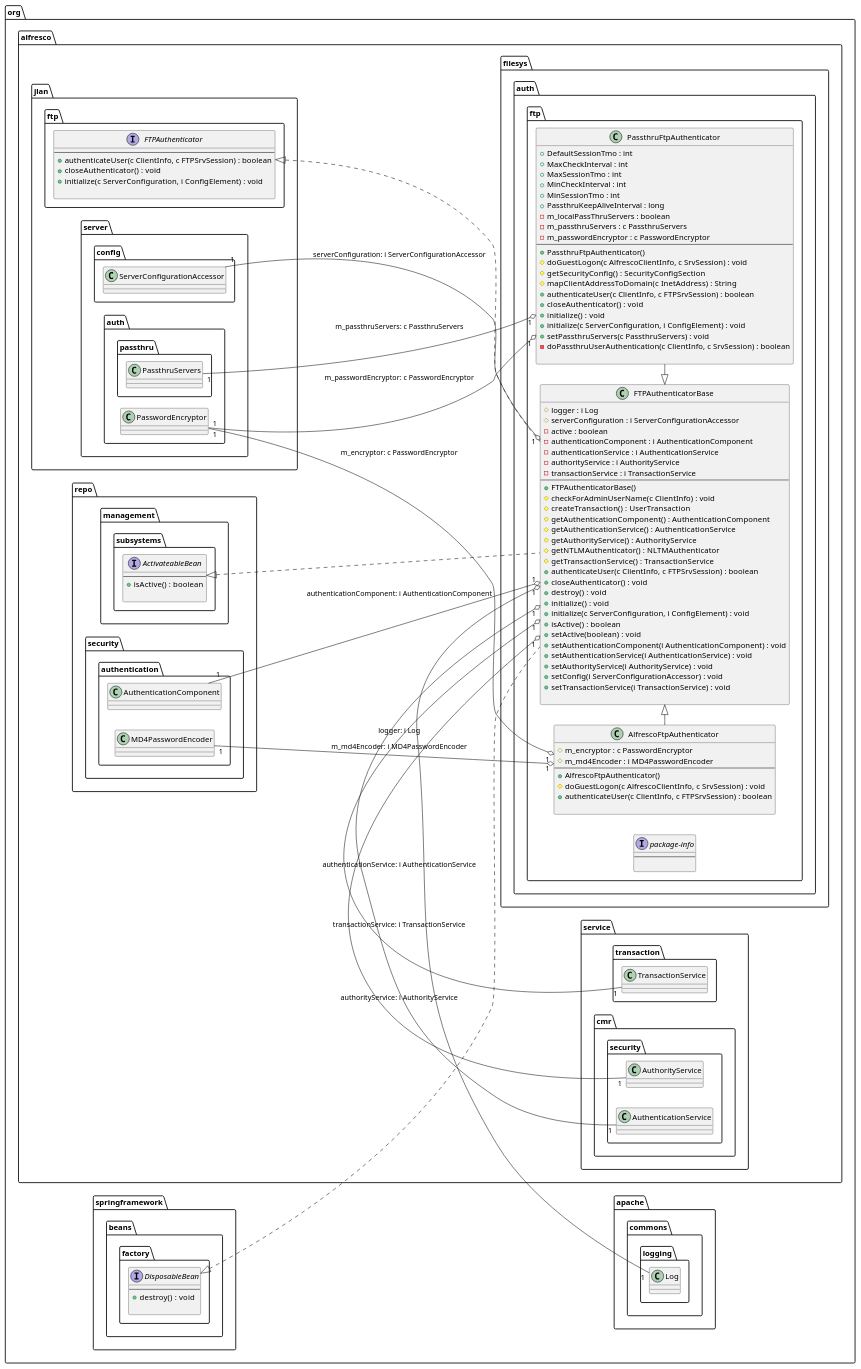
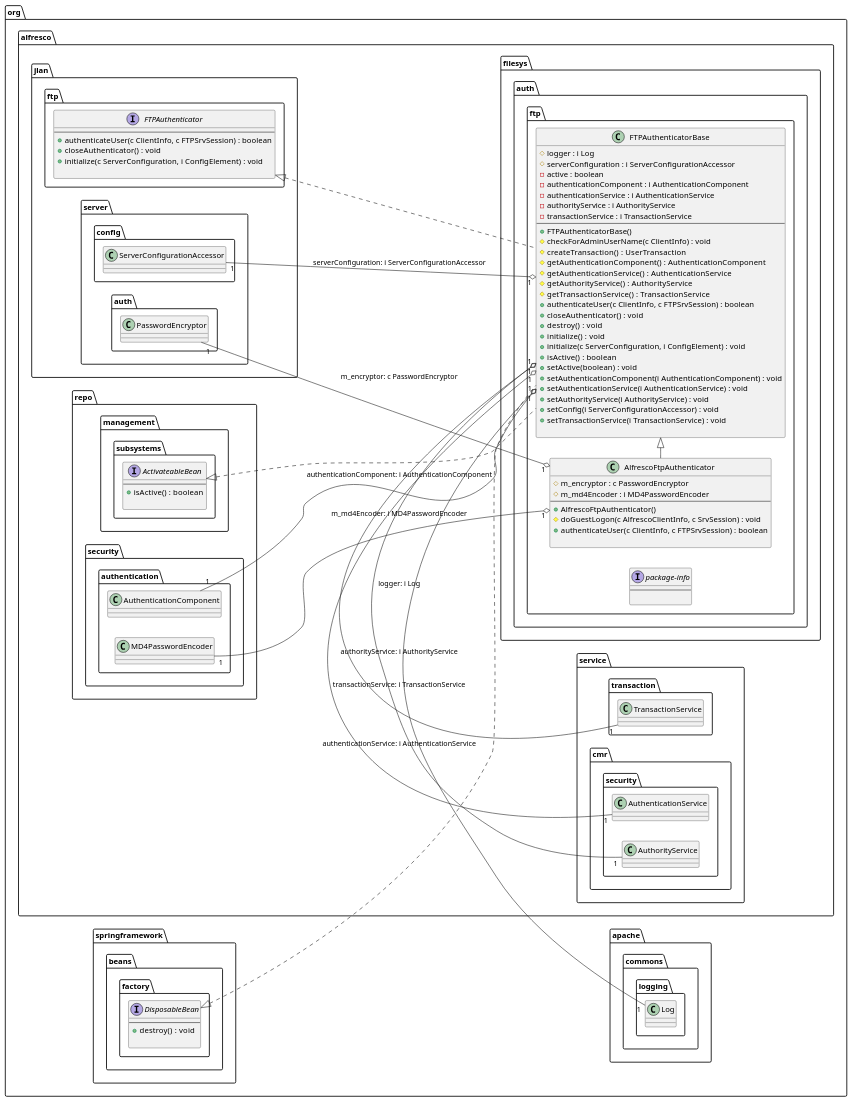
The diagram in docs/file-protocols/ftp-protocol/resource/class/ftp-class-diagram.puml (AlfrescoArchive/alfresco-repository), drawn with PlantUML before and after one commit. The commit also changed 194 other files, not shown here.

```diff
--- a/docs/file-protocols/ftp-protocol/resource/class/ftp-class-diagram.puml
+++ b/docs/file-protocols/ftp-protocol/resource/class/ftp-class-diagram.puml
@@ -1,113 +1,86 @@
 @startuml
 
 ' Generated using https://github.com/juanmf/Java2PlantUML
 
 left to right direction
 ' Participants 
 
 interface org.alfresco.jlan.ftp.FTPAuthenticator {
 --
 +  authenticateUser(c ClientInfo, c FTPSrvSession)  : boolean
 +  closeAuthenticator()  : void
 +  initialize(c ServerConfiguration, i ConfigElement)  : void
 
 }
 interface org.springframework.beans.factory.DisposableBean {
 --
 +  destroy()  : void
 
 }
 interface org.alfresco.filesys.auth.ftp.package-info {
 --
 
 }
 interface org.alfresco.repo.management.subsystems.ActivateableBean {
 --
 +  isActive()  : boolean
 
 }
 class org.alfresco.filesys.auth.ftp.FTPAuthenticatorBase {
 #  logger : i Log
 #  serverConfiguration : i ServerConfigurationAccessor
 -  active : boolean
 -  authenticationComponent : i AuthenticationComponent
 -  authenticationService : i AuthenticationService
 -  authorityService : i AuthorityService
 -  transactionService : i TransactionService
 --
 +   FTPAuthenticatorBase() 
 #  checkForAdminUserName(c ClientInfo)  : void
 #  createTransaction()  :  UserTransaction
 #  getAuthenticationComponent()  :  AuthenticationComponent
 #  getAuthenticationService()  :  AuthenticationService
 #  getAuthorityService()  :  AuthorityService
-#  getNTLMAuthenticator()  :  NLTMAuthenticator
 #  getTransactionService()  :  TransactionService
 +  authenticateUser(c ClientInfo, c FTPSrvSession)  : boolean
 +  closeAuthenticator()  : void
 +  destroy()  : void
 +  initialize()  : void
 +  initialize(c ServerConfiguration, i ConfigElement)  : void
 +  isActive()  : boolean
 +  setActive(boolean)  : void
 +  setAuthenticationComponent(i AuthenticationComponent)  : void
 +  setAuthenticationService(i AuthenticationService)  : void
 +  setAuthorityService(i AuthorityService)  : void
 +  setConfig(i ServerConfigurationAccessor)  : void
 +  setTransactionService(i TransactionService)  : void
-
-}
-class org.alfresco.filesys.auth.ftp.PassthruFtpAuthenticator {
-+  DefaultSessionTmo : int
-+  MaxCheckInterval : int
-+  MaxSessionTmo : int
-+  MinCheckInterval : int
-+  MinSessionTmo : int
-+  PassthruKeepAliveInterval : long
--  m_localPassThruServers : boolean
--  m_passthruServers : c PassthruServers
--  m_passwordEncryptor : c PasswordEncryptor
---
-+   PassthruFtpAuthenticator() 
-#  doGuestLogon(c AlfrescoClientInfo, c SrvSession)  : void
-#  getSecurityConfig()  :  SecurityConfigSection
-#  mapClientAddressToDomain(c InetAddress)  :  String
-+  authenticateUser(c ClientInfo, c FTPSrvSession)  : boolean
-+  closeAuthenticator()  : void
-+  initialize()  : void
-+  initialize(c ServerConfiguration, i ConfigElement)  : void
-+  setPassthruServers(c PassthruServers)  : void
--  doPassthruUserAuthentication(c ClientInfo, c SrvSession)  : boolean
 
 }
 class org.alfresco.filesys.auth.ftp.AlfrescoFtpAuthenticator {
 #  m_encryptor : c PasswordEncryptor
 #  m_md4Encoder : i MD4PasswordEncoder
 --
 +   AlfrescoFtpAuthenticator() 
 #  doGuestLogon(c AlfrescoClientInfo, c SrvSession)  : void
 +  authenticateUser(c ClientInfo, c FTPSrvSession)  : boolean
 
 }
 
 ' Relations 
 
 org.alfresco.filesys.auth.ftp.AlfrescoFtpAuthenticator "1"  o-left-  "1" org.alfresco.repo.security.authentication.MD4PasswordEncoder  : m_md4Encoder: i MD4PasswordEncoder
 org.alfresco.filesys.auth.ftp.FTPAuthenticatorBase "1"  o-left-  "1" org.alfresco.service.transaction.TransactionService  : transactionService: i TransactionService
 org.alfresco.filesys.auth.ftp.AlfrescoFtpAuthenticator "1"  o-left-  "1" org.alfresco.jlan.server.auth.PasswordEncryptor  : m_encryptor: c PasswordEncryptor
 org.alfresco.filesys.auth.ftp.FTPAuthenticatorBase "1"  o-left-  "1" org.apache.commons.logging.Log  : logger: i Log
 org.alfresco.filesys.auth.ftp.FTPAuthenticatorBase "1"  o-left-  "1" org.alfresco.jlan.server.config.ServerConfigurationAccessor  : serverConfiguration: i ServerConfigurationAccessor
 org.alfresco.filesys.auth.ftp.FTPAuthenticatorBase "1"  o-left-  "1" org.alfresco.repo.security.authentication.AuthenticationComponent  : authenticationComponent: i AuthenticationComponent
 org.alfresco.filesys.auth.ftp.FTPAuthenticatorBase "1"  o-left-  "1" org.alfresco.service.cmr.security.AuthorityService  : authorityService: i AuthorityService
-org.alfresco.filesys.auth.ftp.PassthruFtpAuthenticator "1"  o-left-  "1" org.alfresco.jlan.server.auth.PasswordEncryptor  : m_passwordEncryptor: c PasswordEncryptor
 org.alfresco.filesys.auth.ftp.FTPAuthenticatorBase "1"  o-left-  "1" org.alfresco.service.cmr.security.AuthenticationService  : authenticationService: i AuthenticationService
-org.alfresco.filesys.auth.ftp.PassthruFtpAuthenticator "1"  o-left-  "1" org.alfresco.jlan.server.auth.passthru.PassthruServers  : m_passthruServers: c PassthruServers
 org.alfresco.filesys.auth.ftp.AlfrescoFtpAuthenticator  -up|>  org.alfresco.filesys.auth.ftp.FTPAuthenticatorBase
-org.alfresco.filesys.auth.ftp.PassthruFtpAuthenticator  -up|>  org.alfresco.filesys.auth.ftp.FTPAuthenticatorBase
 org.alfresco.filesys.auth.ftp.FTPAuthenticatorBase  ..up|>  org.alfresco.jlan.ftp.FTPAuthenticator
 org.alfresco.filesys.auth.ftp.FTPAuthenticatorBase  ..up|>  org.alfresco.repo.management.subsystems.ActivateableBean
 org.alfresco.filesys.auth.ftp.FTPAuthenticatorBase  ..up|>  org.springframework.beans.factory.DisposableBean
 
 ' Notes 
 
 @enduml
```
